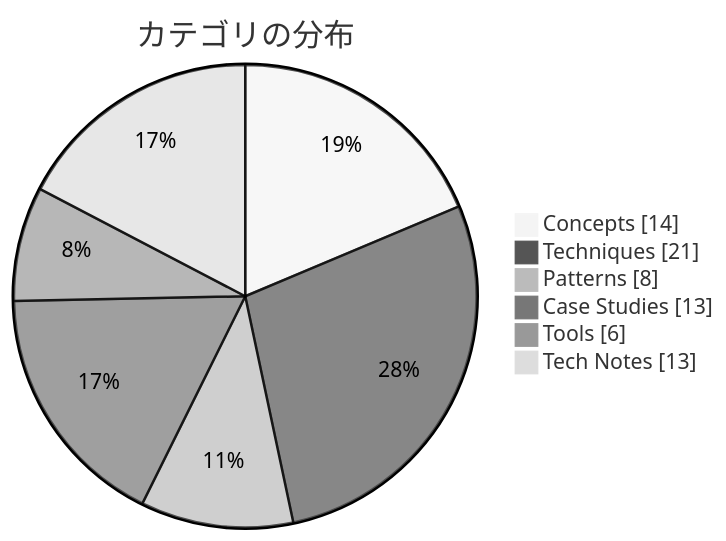
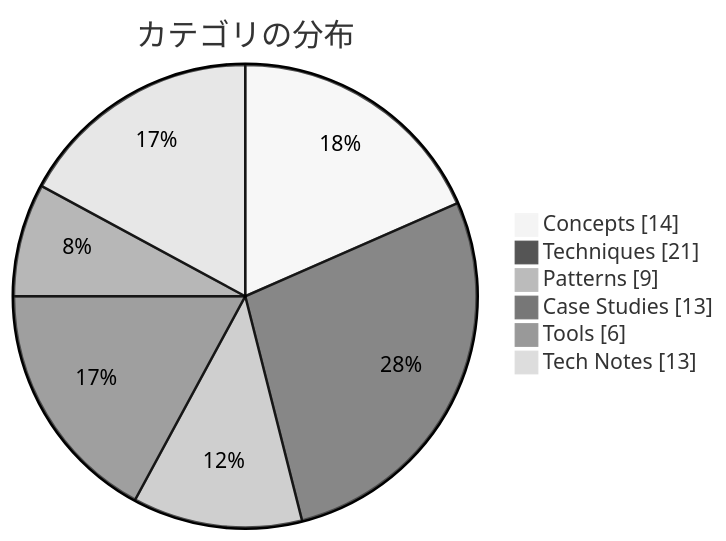
Before and after one commit to dinekt/dinekt-wiki: the second of 2 diagrams in docs/index.md, drawn with Mermaid (neutral theme). The commit also changed other lines of this file and 7 other files, not shown here.

````diff
--- a/docs/index.md
+++ b/docs/index.md
@@ -37,9 +37,9 @@
 ```mermaid
 pie showData title カテゴリの分布
     "Concepts" : 14
     "Techniques" : 21
-    "Patterns" : 8
+    "Patterns" : 9
     "Case Studies" : 13
     "Tools" : 6
     "Tech Notes" : 13
 ```
````
